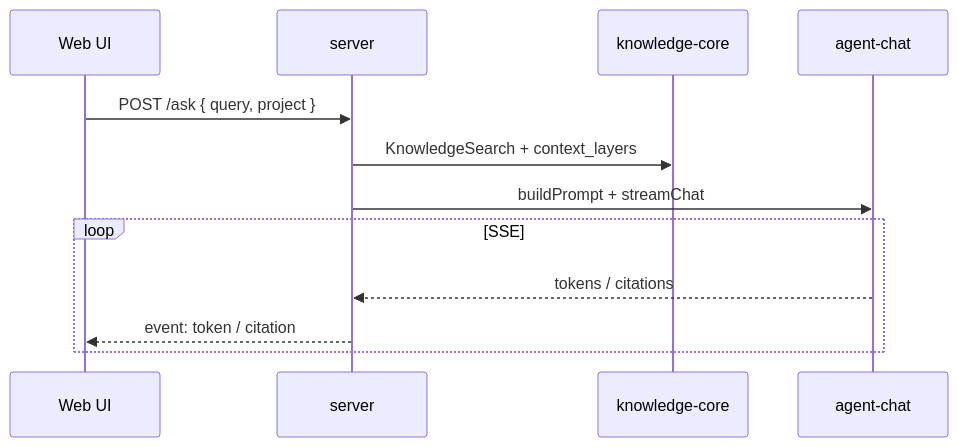
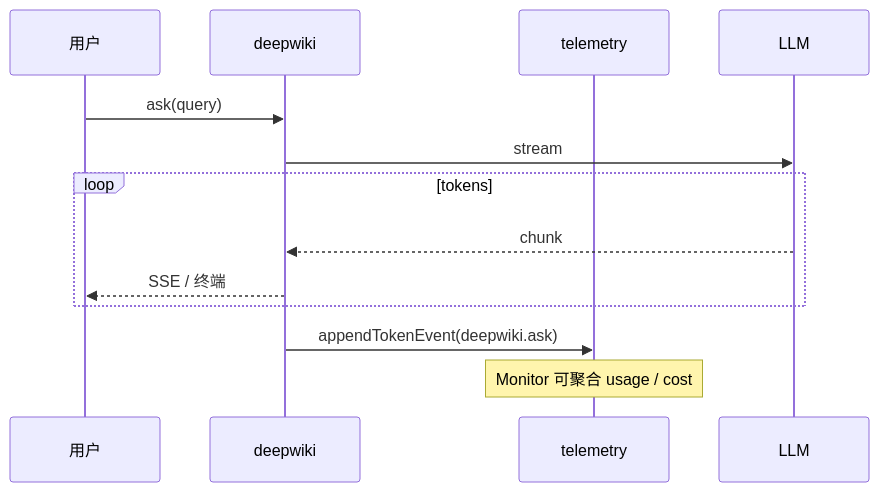
The fourth of 4 diagrams in docs/team-platform-technical-design.md (sopaco/terrain), drawn with Mermaid before and after one commit. The commit also changed other lines of this file and 12 other files, not shown here.

````diff
--- a/docs/team-platform-technical-design.md
+++ b/docs/team-platform-technical-design.md
@@ -713,15 +746,16 @@
 ```mermaid
 sequenceDiagram
-    participant U as Web UI
-    participant S as server
-    participant C as knowledge-core
-    participant A as agent-chat
+    participant U as 用户
+    participant DW as deepwiki
+    participant T as telemetry
+    participant LLM as LLM
 
-    U->>S: POST /ask { query, project }
-    S->>C: KnowledgeSearch + context_layers
-    S->>A: buildPrompt + streamChat
-    loop SSE
-        A-->>S: tokens / citations
-        S-->>U: event: token / citation
+    U->>DW: ask(query)
+    DW->>LLM: stream
+    loop tokens
+        LLM-->>DW: chunk
+        DW-->>U: SSE / 终端
     end
+    DW->>T: appendTokenEvent(deepwiki.ask)
+    Note over T: Monitor 可聚合 usage / cost
 ```
````
